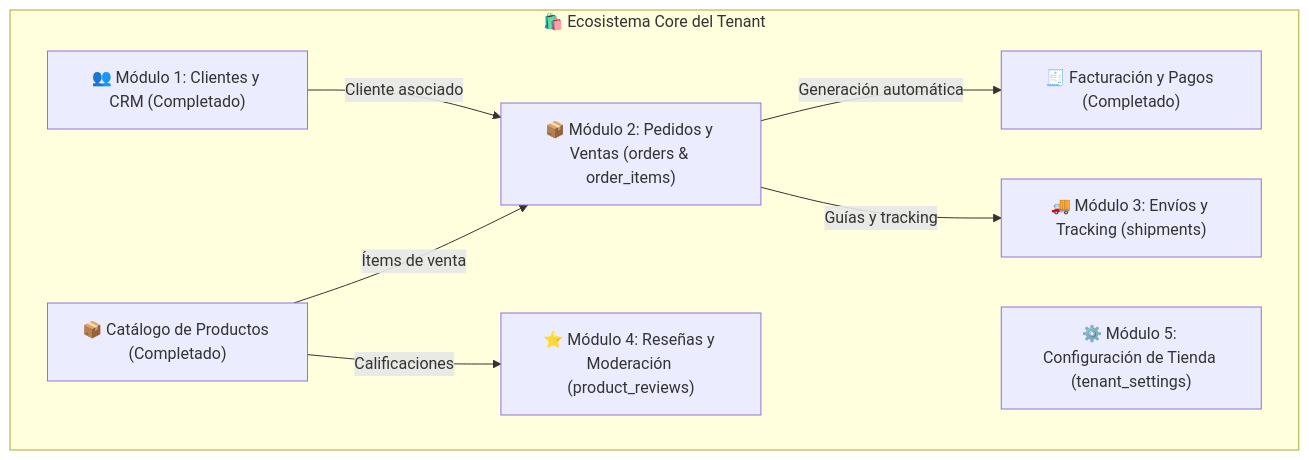
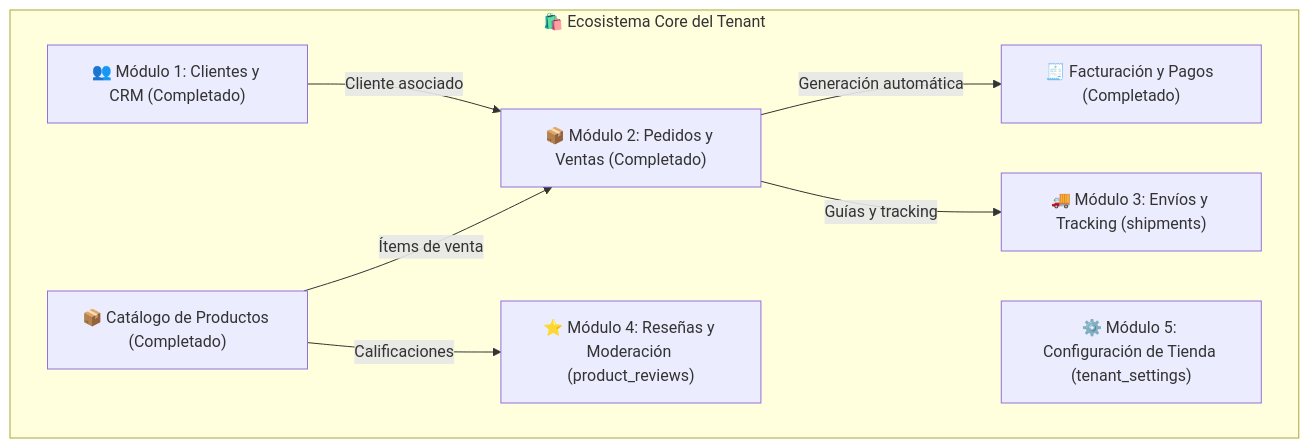
Before and after one commit to gabrielj2814/owomarket: the diagram in PLANIFICACION_MODULOS_TENANT.md, drawn with Mermaid. The commit also changed other lines of this file, not shown here.

Commit message:
docs: mark Module 2 tasks and objectives as completed in planning roadmap

````diff
--- a/PLANIFICACION_MODULOS_TENANT.md
+++ b/PLANIFICACION_MODULOS_TENANT.md
@@ -10,19 +10,18 @@
 ```mermaid
 flowchart TD
     subgraph CoreCommerce ["🛍️ Ecosistema Core del Tenant"]
         PROD["📦 Catálogo de Productos (Completado)"]
         BILL["🧾 Facturación y Pagos (Completado)"]
         CUST["👥 Módulo 1: Clientes y CRM (Completado)"]
-        
-        ORD["📦 Módulo 2: Pedidos y Ventas (orders & order_items)"]
+        ORD["📦 Módulo 2: Pedidos y Ventas (Completado)"]
         SHIP["🚚 Módulo 3: Envíos y Tracking (shipments)"]
         REV["⭐ Módulo 4: Reseñas y Moderación (product_reviews)"]
         SETT["⚙️ Módulo 5: Configuración de Tienda (tenant_settings)"]
         
         CUST -->|Cliente asociado| ORD
         PROD -->|Ítems de venta| ORD
         ORD -->|Generación automática| BILL
         ORD -->|Guías y tracking| SHIP
         PROD -->|Calificaciones| REV
     end
 ```
````
